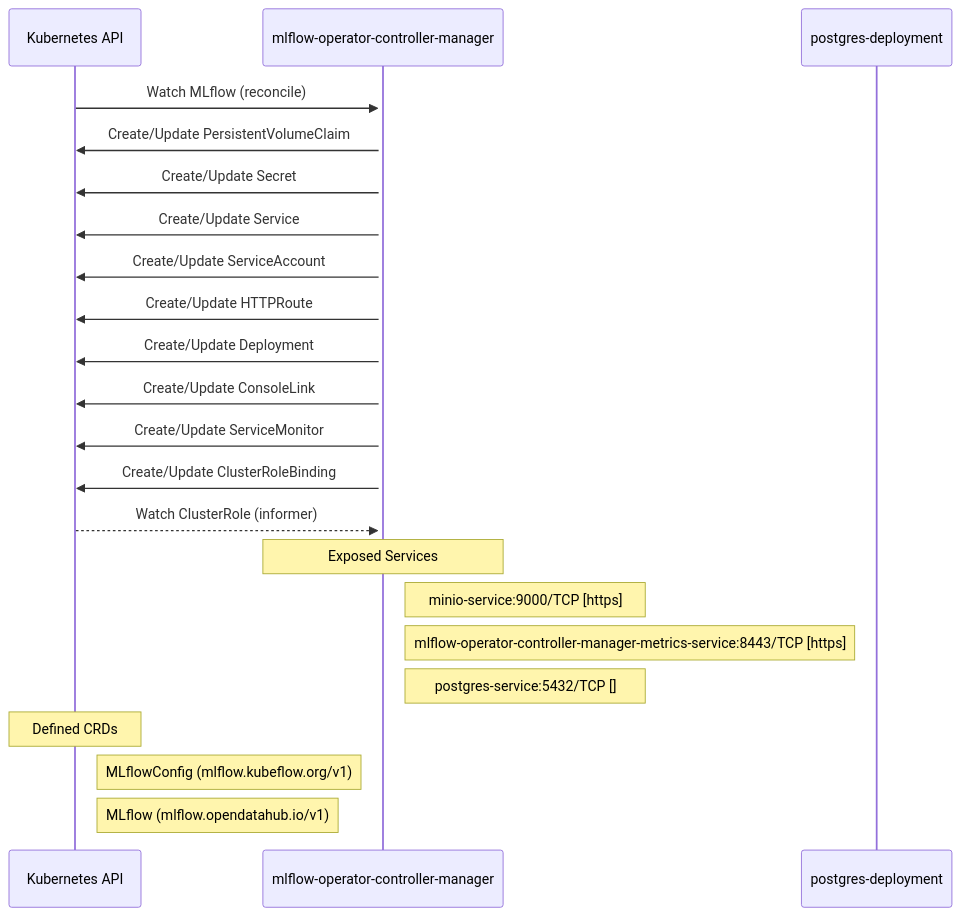
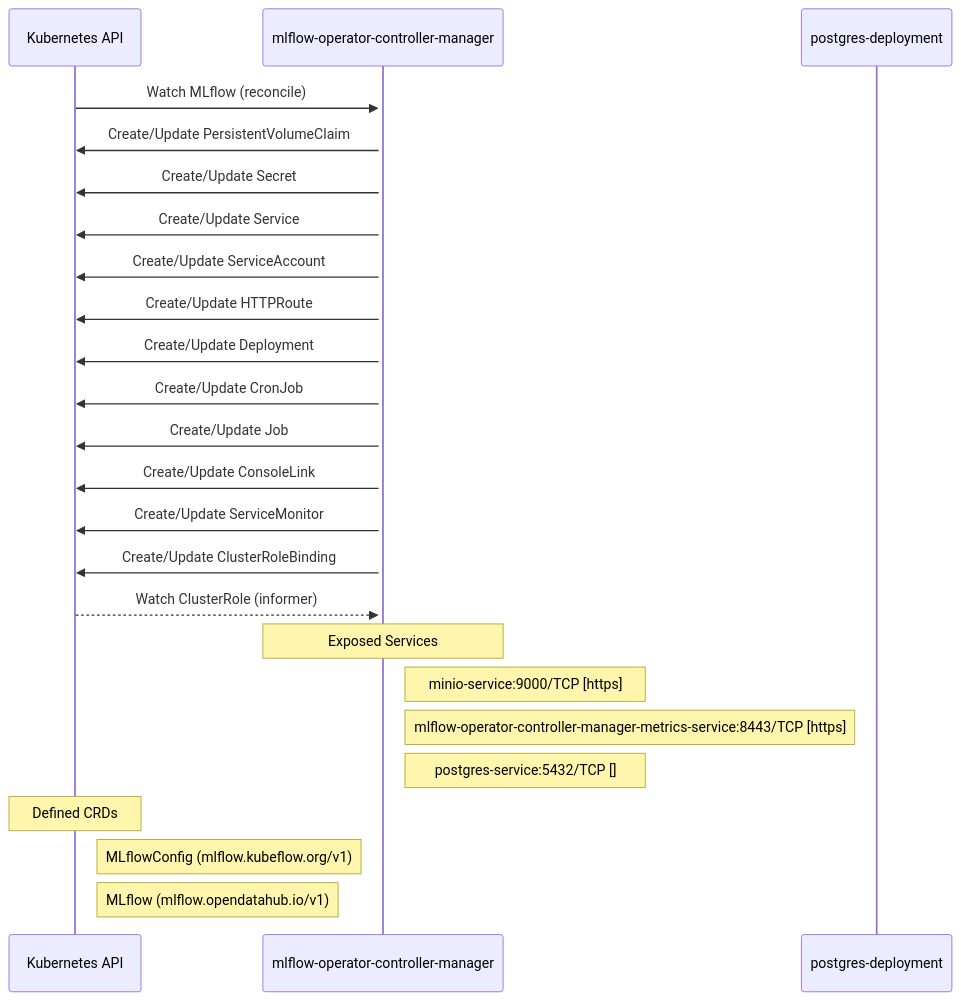
One commit to ugiordan/rhoai-architecture-analyzer changed the diagram in site/docs/use-cases/odh-platform/components/mlflow_operator/dataflow.md. Above: the diagram before and after it, drawn with Mermaid. The commit also changed other lines of this file and 402 other files, not shown here.

````diff
--- a/site/docs/use-cases/odh-platform/components/mlflow_operator/dataflow.md
+++ b/site/docs/use-cases/odh-platform/components/mlflow_operator/dataflow.md
@@ -25,29 +33,31 @@
 ```mermaid
 sequenceDiagram
     %% Static dataflow for mlflow-operator
 
     participant KubernetesAPI as Kubernetes API
     participant mlflow_operator_controller_manager as mlflow-operator-controller-manager
     participant postgres_deployment as postgres-deployment
 
     KubernetesAPI->>+mlflow_operator_controller_manager: Watch MLflow (reconcile)
     mlflow_operator_controller_manager->>KubernetesAPI: Create/Update PersistentVolumeClaim
     mlflow_operator_controller_manager->>KubernetesAPI: Create/Update Secret
     mlflow_operator_controller_manager->>KubernetesAPI: Create/Update Service
     mlflow_operator_controller_manager->>KubernetesAPI: Create/Update ServiceAccount
     mlflow_operator_controller_manager->>KubernetesAPI: Create/Update HTTPRoute
     mlflow_operator_controller_manager->>KubernetesAPI: Create/Update Deployment
+    mlflow_operator_controller_manager->>KubernetesAPI: Create/Update CronJob
+    mlflow_operator_controller_manager->>KubernetesAPI: Create/Update Job
     mlflow_operator_controller_manager->>KubernetesAPI: Create/Update ConsoleLink
     mlflow_operator_controller_manager->>KubernetesAPI: Create/Update ServiceMonitor
     mlflow_operator_controller_manager->>KubernetesAPI: Create/Update ClusterRoleBinding
     KubernetesAPI-->>+mlflow_operator_controller_manager: Watch ClusterRole (informer)
 
     Note over mlflow_operator_controller_manager: Exposed Services
     Note right of mlflow_operator_controller_manager: minio-service:9000/TCP [https]
     Note right of mlflow_operator_controller_manager: mlflow-operator-controller-manager-metrics-service:8443/TCP [https]
     Note right of mlflow_operator_controller_manager: postgres-service:5432/TCP []
 
     Note over KubernetesAPI: Defined CRDs
     Note right of KubernetesAPI: MLflowConfig (mlflow.kubeflow.org/v1)
     Note right of KubernetesAPI: MLflow (mlflow.opendatahub.io/v1)
 ```
````
